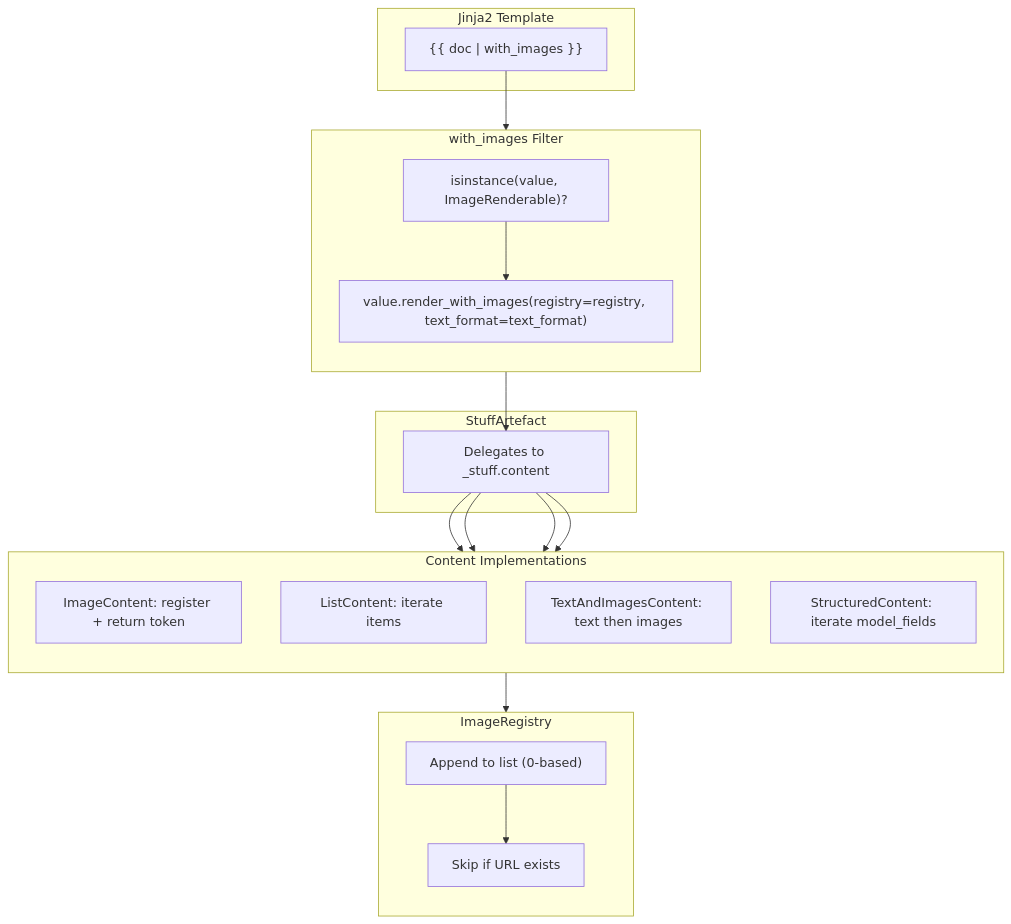
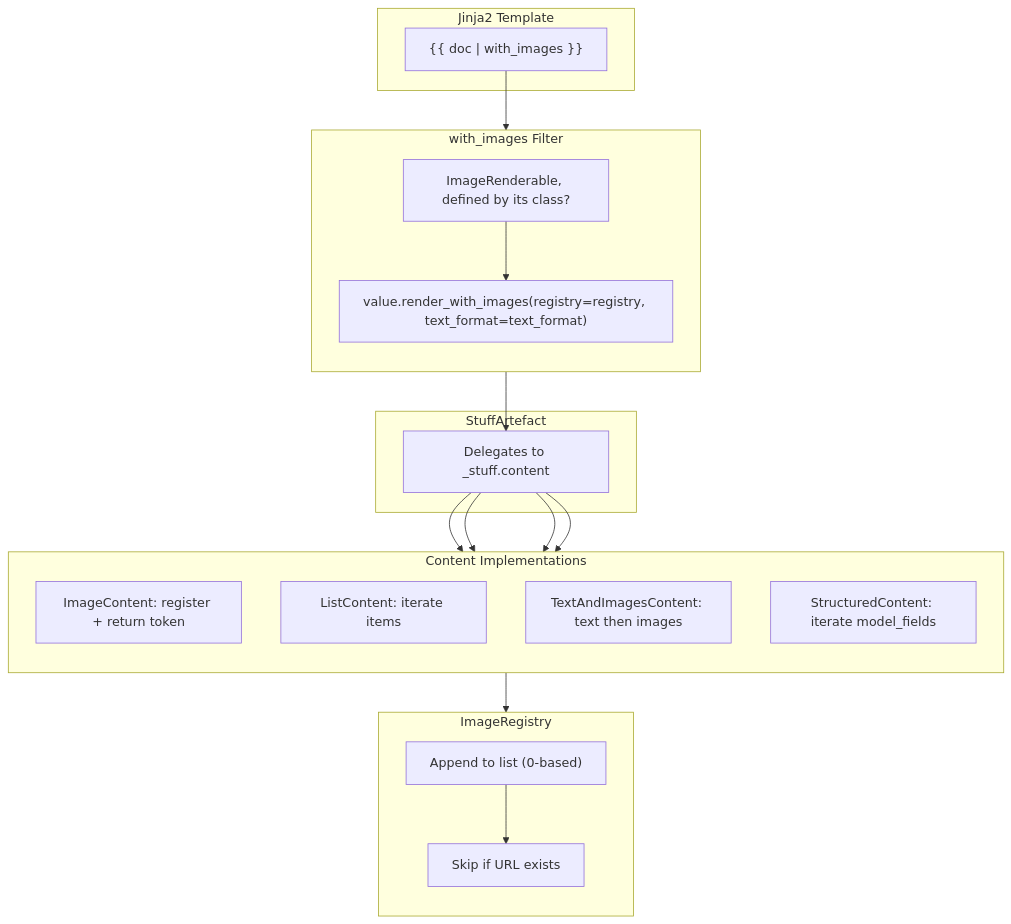
One commit to Pipelex/pipelex changed the diagram in docs/under-the-hood/stuffartefact-and-image-rendering.md. Above: the diagram before and after it, drawn with Mermaid. The commit also changed other lines of this file and 47 other files, not shown here.

````diff
--- a/docs/under-the-hood/stuffartefact-and-image-rendering.md
+++ b/docs/under-the-hood/stuffartefact-and-image-rendering.md
@@ -58,37 +62,37 @@
 ```mermaid
 flowchart TB
     subgraph TEMPLATE["Jinja2 Template"]
         VAR["{{ doc | with_images }}"]
     end
 
     subgraph FILTER["with_images Filter"]
         direction TB
-        CHECK["isinstance(value, ImageRenderable)?"]
+        CHECK["ImageRenderable, defined by its class?"]
         CALL["value.render_with_images(registry=registry, text_format=text_format)"]
         CHECK --> CALL
     end
 
     subgraph ARTEFACT["StuffArtefact"]
         DELEGATE["Delegates to _stuff.content"]
     end
 
     subgraph CONTENT["Content Implementations"]
         direction TB
         IMG["ImageContent: register + return token"]
         LIST["ListContent: iterate items"]
         TEXT["TextAndImagesContent: text then images"]
         STRUCT["StructuredContent: iterate model_fields"]
     end
 
     subgraph REGISTRY["ImageRegistry"]
         direction TB
         STORE["Append to list (0-based)"]
         DEDUP["Skip if URL exists"]
     end
 
     VAR --> CHECK
     CALL --> DELEGATE
     DELEGATE --> IMG & LIST & TEXT & STRUCT
     IMG --> STORE
     STORE --> DEDUP
 ```
````
